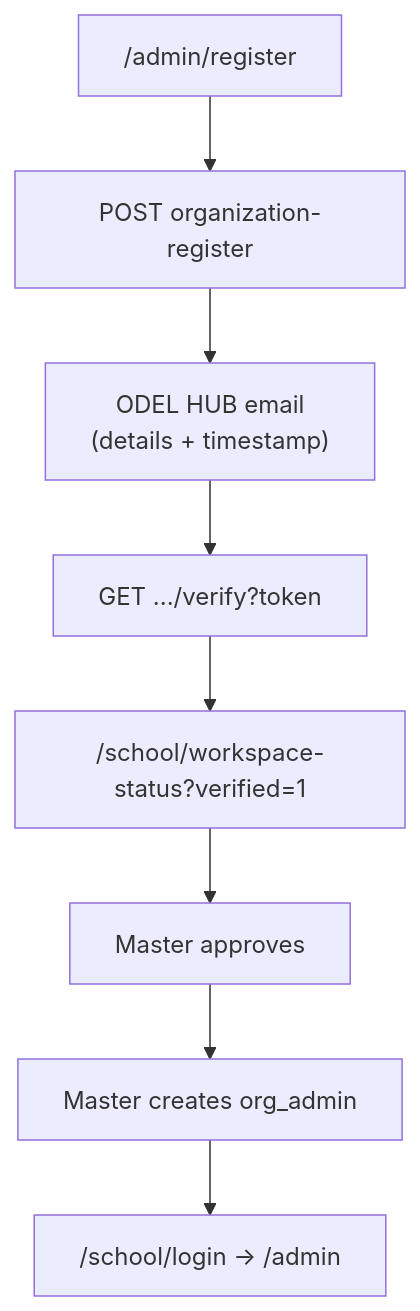
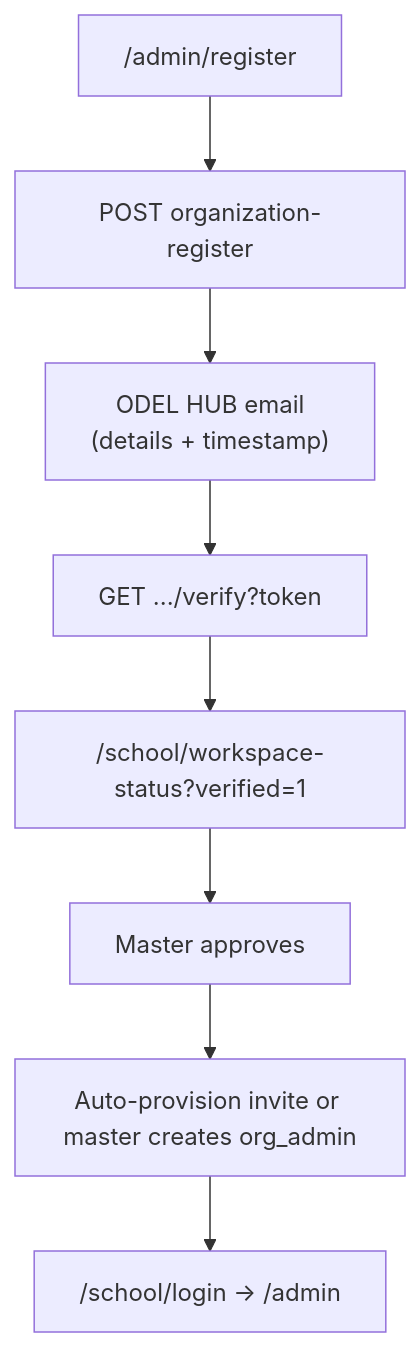
The diagram in docs/APP_STATUS_AUDIT.md (infoedutechos/openpaygb), drawn with Mermaid before and after one commit. The commit also changed other lines of this file and 65 other files, not shown here.

````diff
--- a/docs/APP_STATUS_AUDIT.md
+++ b/docs/APP_STATUS_AUDIT.md
@@ -24,10 +26,10 @@
 ```mermaid
 flowchart TD
   R["/admin/register"] --> API["POST organization-register"]
   API --> E["ODEL HUB email\n(details + timestamp)"]
   E --> V["GET .../verify?token"]
   V --> L["/school/workspace-status?verified=1"]
   L --> M["Master approves"]
-  M --> A["Master creates org_admin"]
+  M --> A["Auto-provision invite or master creates org_admin"]
   A --> S["/school/login → /admin"]
 ```
````
